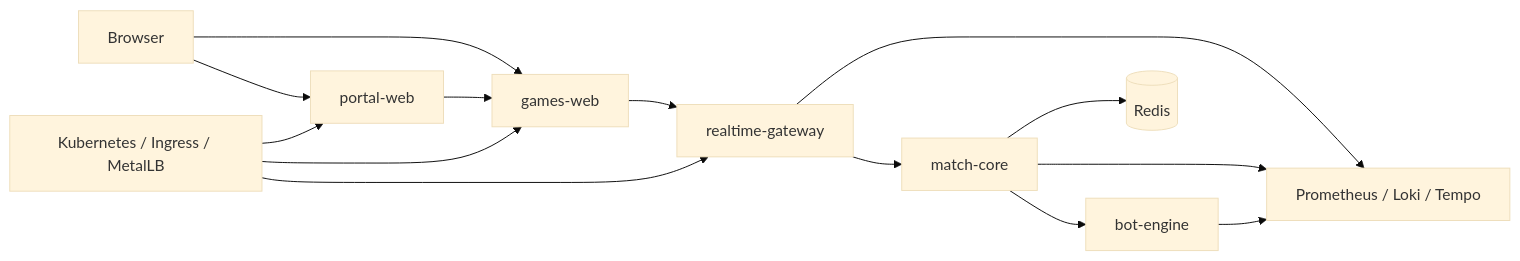
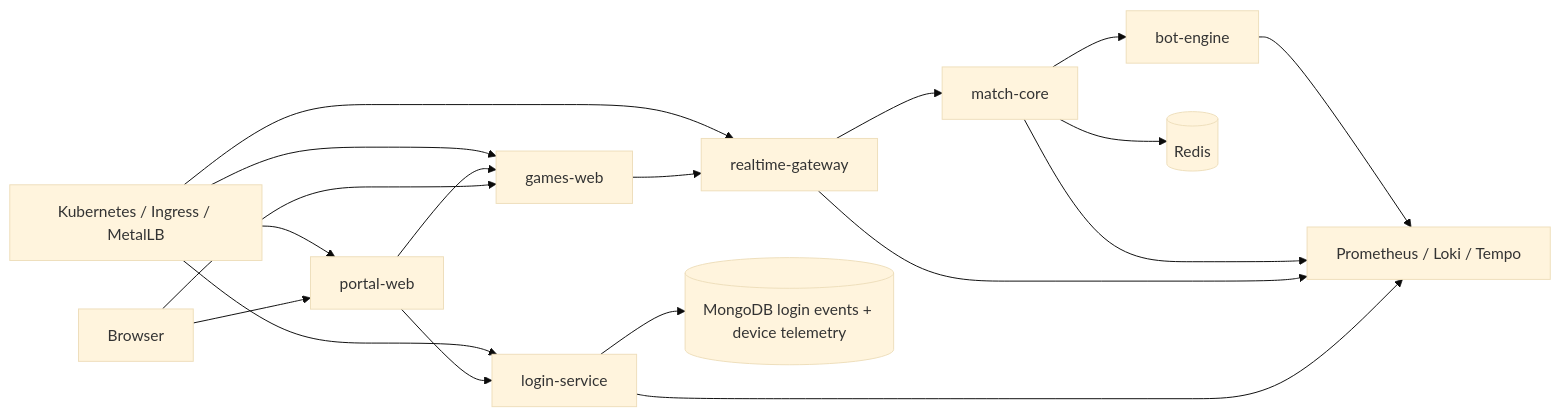
Before and after one commit to Marques-net/geek-hub: the first of 2 diagrams in README.md, drawn with Mermaid (base theme). The commit also changed other lines of this file and 51 other files, not shown here.

Commit message:
split login service and capture device telemetry

````diff
--- a/README.md
+++ b/README.md
@@ -13,16 +13,20 @@
 ```mermaid
 flowchart LR
     U[Browser] --> P[portal-web]
     U --> G[games-web]
+    P --> L[login-service]
     P --> G
     G --> R[realtime-gateway]
     R --> M[match-core]
     M --> B[bot-engine]
+    L --> MG[(MongoDB login events + device telemetry)]
     M --> D[(Redis)]
+    L --> O[Prometheus / Loki / Tempo]
     R --> O[Prometheus / Loki / Tempo]
     M --> O
     B --> O
     K[Kubernetes / Ingress / MetalLB] --> P
     K --> G
+    K --> L
     K --> R
 ```
````
